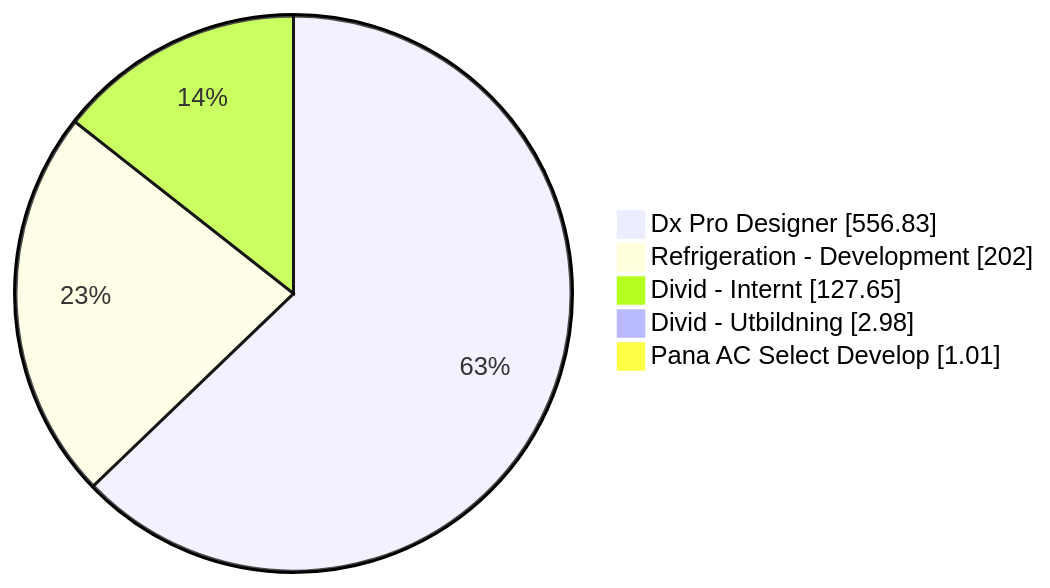
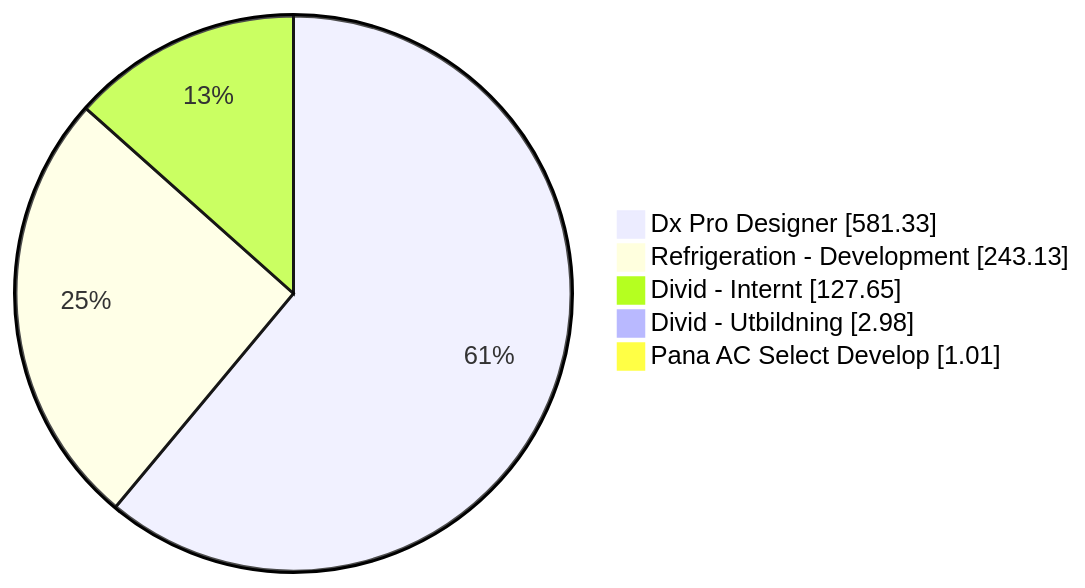
Before and after one commit to albinforsberg-netizen/timeclock: the first of 5 diagrams in README.org, drawn with Mermaid. The commit also changed other lines of this file, not shown here.

```diff
--- a/README.org
+++ b/README.org
@@ -32,8 +32,8 @@
 #+begin_src mermaid
 pie showData
-    "Dx Pro Designer" : 556.83
-    "Refrigeration - Development" : 202.00
+    "Dx Pro Designer" : 581.33
+    "Refrigeration - Development" : 243.13
     "Divid - Internt" : 127.65
     "Divid - Utbildning" : 2.98
     "Pana AC Select Develop" : 1.01
 #+end_src
```
